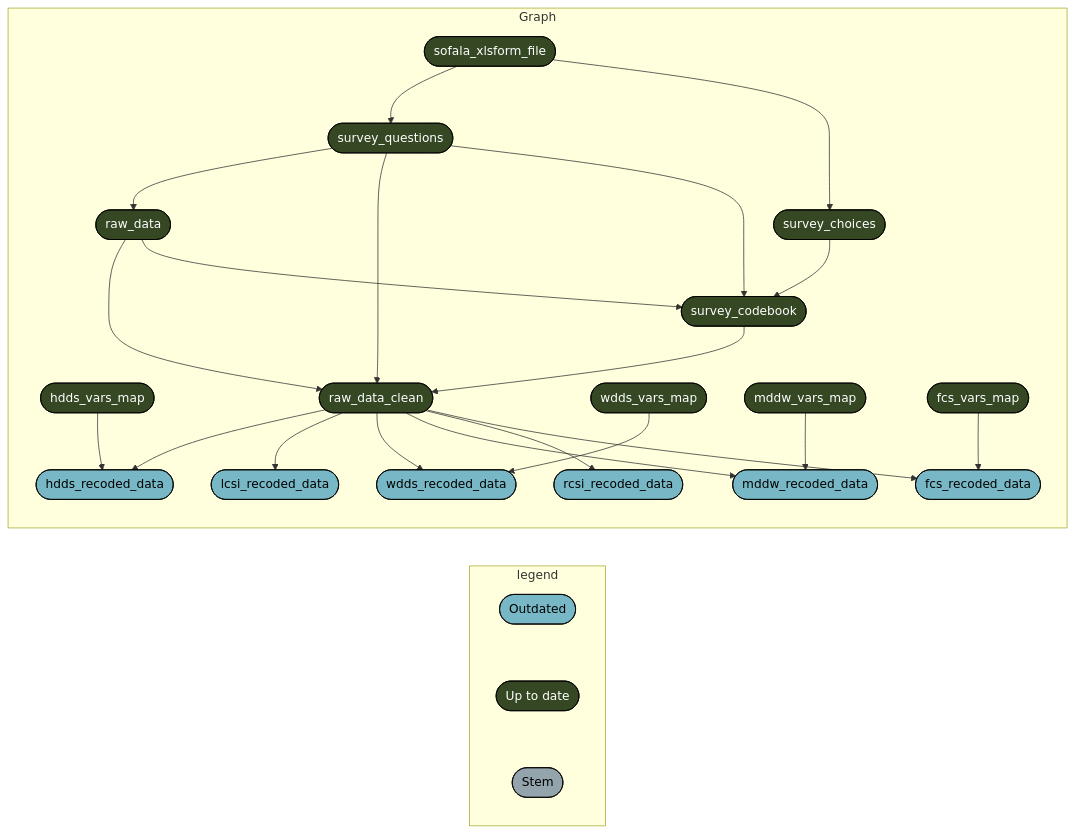
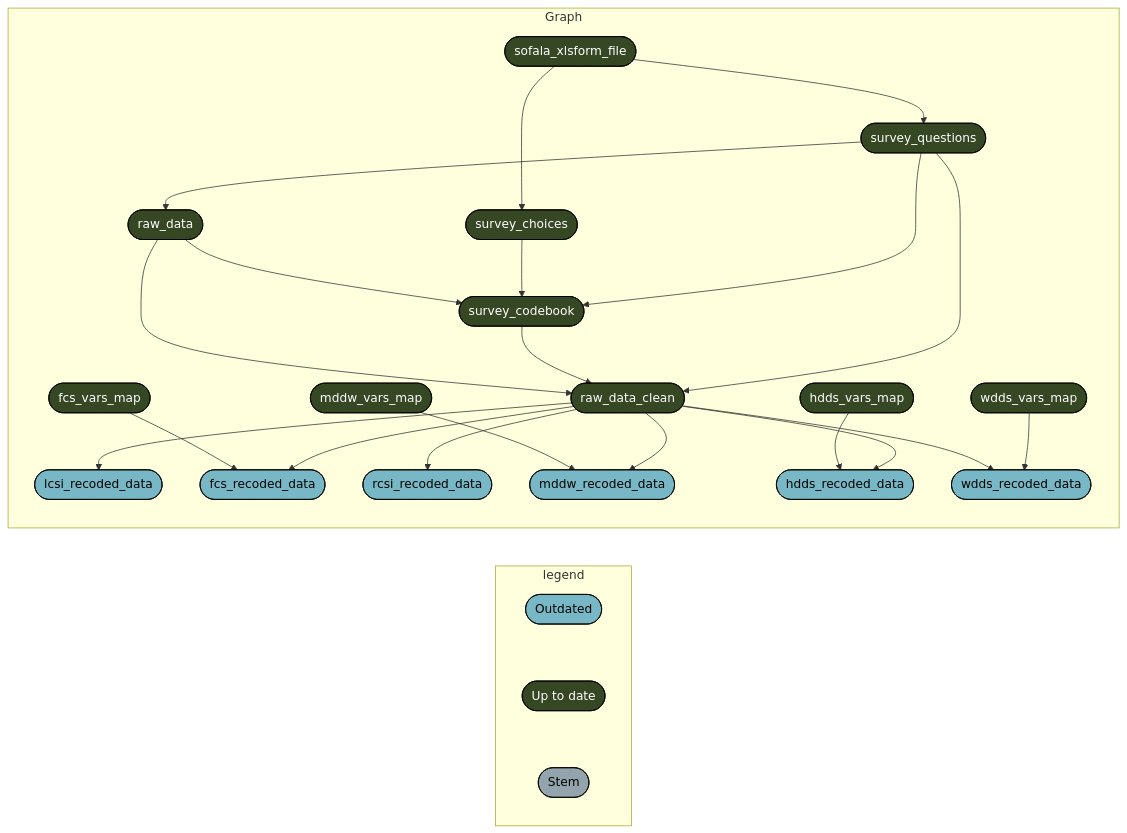
Before and after one commit to katilingban/mozambique-s3m: the second of 5 diagrams in README.md, drawn with Mermaid. The commit also changed other lines of this file and 4 other files, not shown here.

````diff
--- a/README.md
+++ b/README.md
@@ -58,33 +58,33 @@
 ``` mermaid
 graph LR
   subgraph legend
     x0a52b03877696646([""Outdated""]):::outdated --- x7420bd9270f8d27d([""Up to date""]):::uptodate
     x7420bd9270f8d27d([""Up to date""]):::uptodate --- xbf4603d6c2c2ad6b([""Stem""]):::none
   end
   subgraph Graph
+    x136e4e85e6851637(["raw_data"]):::uptodate --> xfcfc1959dbba8ed3(["survey_codebook"]):::uptodate
+    x5aed27afbde18e19(["survey_choices"]):::uptodate --> xfcfc1959dbba8ed3(["survey_codebook"]):::uptodate
+    x0c65864d89dfd824(["survey_questions"]):::uptodate --> xfcfc1959dbba8ed3(["survey_codebook"]):::uptodate
+    x09e58614f2343db8(["raw_data_clean"]):::uptodate --> x1bfdb340aaf51c10(["lcsi_recoded_data"]):::outdated
+    x6d5a6a038d8cf062(["fcs_vars_map"]):::uptodate --> x710620555a048954(["fcs_recoded_data"]):::outdated
+    x09e58614f2343db8(["raw_data_clean"]):::uptodate --> x710620555a048954(["fcs_recoded_data"]):::outdated
+    x0c65864d89dfd824(["survey_questions"]):::uptodate --> x136e4e85e6851637(["raw_data"]):::uptodate
+    x09e58614f2343db8(["raw_data_clean"]):::uptodate --> x9db0983be8f9a87e(["rcsi_recoded_data"]):::outdated
+    xcf59fc858ba254c4(["mddw_vars_map"]):::uptodate --> xaf0c296cd393c60a(["mddw_recoded_data"]):::outdated
+    x09e58614f2343db8(["raw_data_clean"]):::uptodate --> xaf0c296cd393c60a(["mddw_recoded_data"]):::outdated
     xd946f9fb4faff97c(["hdds_vars_map"]):::uptodate --> x5f4e9e79af1e1472(["hdds_recoded_data"]):::outdated
     x09e58614f2343db8(["raw_data_clean"]):::uptodate --> x5f4e9e79af1e1472(["hdds_recoded_data"]):::outdated
-    x09e58614f2343db8(["raw_data_clean"]):::uptodate --> x1bfdb340aaf51c10(["lcsi_recoded_data"]):::outdated
-    x09e58614f2343db8(["raw_data_clean"]):::uptodate --> x89dfb95fe8e44cfd(["wdds_recoded_data"]):::outdated
-    xf222f81b7d734901(["wdds_vars_map"]):::uptodate --> x89dfb95fe8e44cfd(["wdds_recoded_data"]):::outdated
-    xcf59fc858ba254c4(["mddw_vars_map"]):::uptodate --> xaf0c296cd393c60a(["mddw_recoded_data"]):::outdated
-    x09e58614f2343db8(["raw_data_clean"]):::uptodate --> xaf0c296cd393c60a(["mddw_recoded_data"]):::outdated
-    x09e58614f2343db8(["raw_data_clean"]):::uptodate --> x9db0983be8f9a87e(["rcsi_recoded_data"]):::outdated
-    x0c65864d89dfd824(["survey_questions"]):::uptodate --> x136e4e85e6851637(["raw_data"]):::uptodate
-    x6d5a6a038d8cf062(["fcs_vars_map"]):::uptodate --> x710620555a048954(["fcs_recoded_data"]):::outdated
-    x09e58614f2343db8(["raw_data_clean"]):::uptodate --> x710620555a048954(["fcs_recoded_data"]):::outdated
     x136e4e85e6851637(["raw_data"]):::uptodate --> x09e58614f2343db8(["raw_data_clean"]):::uptodate
     xfcfc1959dbba8ed3(["survey_codebook"]):::uptodate --> x09e58614f2343db8(["raw_data_clean"]):::uptodate
     x0c65864d89dfd824(["survey_questions"]):::uptodate --> x09e58614f2343db8(["raw_data_clean"]):::uptodate
     x52eeb21c389d52d8(["sofala_xlsform_file"]):::uptodate --> x0c65864d89dfd824(["survey_questions"]):::uptodate
-    x136e4e85e6851637(["raw_data"]):::uptodate --> xfcfc1959dbba8ed3(["survey_codebook"]):::uptodate
-    x5aed27afbde18e19(["survey_choices"]):::uptodate --> xfcfc1959dbba8ed3(["survey_codebook"]):::uptodate
-    x0c65864d89dfd824(["survey_questions"]):::uptodate --> xfcfc1959dbba8ed3(["survey_codebook"]):::uptodate
+    x09e58614f2343db8(["raw_data_clean"]):::uptodate --> x89dfb95fe8e44cfd(["wdds_recoded_data"]):::outdated
+    xf222f81b7d734901(["wdds_vars_map"]):::uptodate --> x89dfb95fe8e44cfd(["wdds_recoded_data"]):::outdated
     x52eeb21c389d52d8(["sofala_xlsform_file"]):::uptodate --> x5aed27afbde18e19(["survey_choices"]):::uptodate
   end
   classDef outdated stroke:#000000,color:#000000,fill:#78B7C5;
   classDef uptodate stroke:#000000,color:#ffffff,fill:#354823;
   classDef none stroke:#000000,color:#000000,fill:#94a4ac;
   linkStyle 0 stroke-width:0px;
   linkStyle 1 stroke-width:0px;
 ```
````
